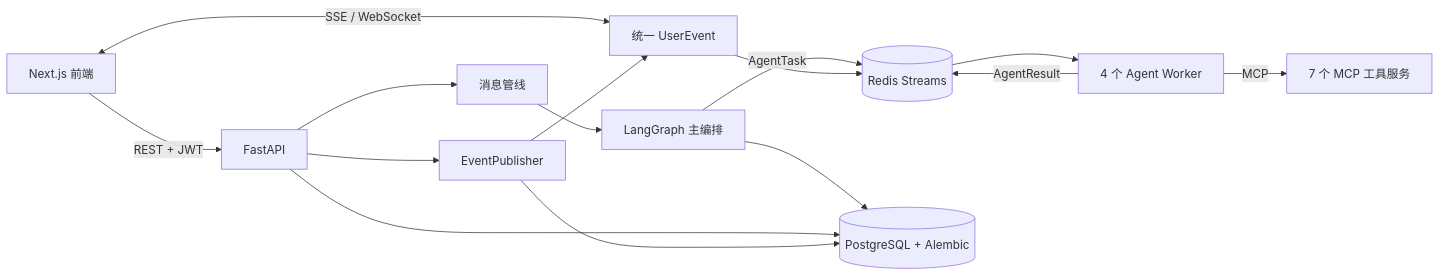
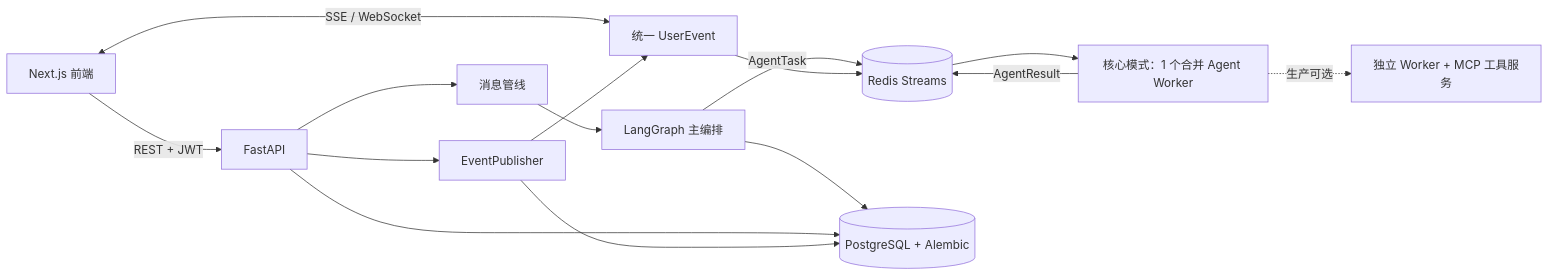
One commit to Benjamindaoson/youle_03 changed the diagram in README.md. Above: the diagram before and after it, drawn with Mermaid. The commit also changed other lines of this file and 205 other files, not shown here.

````diff
--- a/README.md
+++ b/README.md
@@ -21,17 +21,17 @@
 ```mermaid
 flowchart LR
     UI["Next.js 前端"] -->|"REST + JWT"| API["FastAPI"]
     UI <-->|"SSE / WebSocket"| EVENTS["统一 UserEvent"]
     API --> PIPE["消息管线"]
     PIPE --> ORCH["LangGraph 主编排"]
     ORCH -->|"AgentTask"| REDIS[("Redis Streams")]
-    REDIS --> WORKERS["4 个 Agent Worker"]
-    WORKERS -->|"MCP"| TOOLS["7 个 MCP 工具服务"]
+    REDIS --> WORKERS["核心模式：1 个合并 Agent Worker"]
+    WORKERS -.->|"生产可选"| TOOLS["独立 Worker + MCP 工具服务"]
     WORKERS -->|"AgentResult"| REDIS
     ORCH --> PG[("PostgreSQL + Alembic")]
     API --> PG
     API --> PUB["EventPublisher"]
     PUB --> PG
     PUB --> EVENTS
     EVENTS --> REDIS
 ```
````
